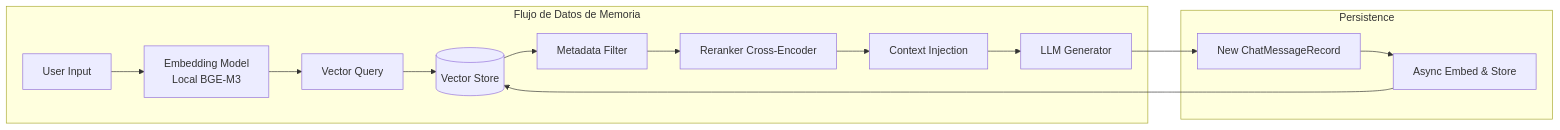
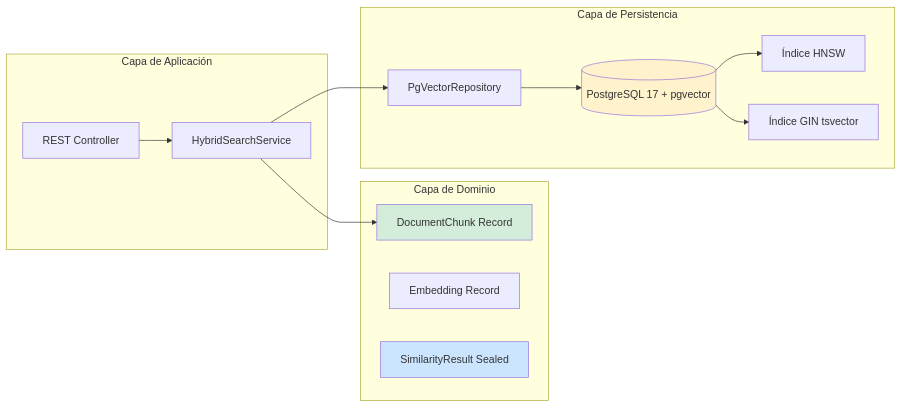
One commit to Joaquinriosheredia/DAM-Java-Mastery changed the second of 3 diagrams in 08_IA_Agentes/agentes_autonomos_memoria_largo_plazo_langchain4j_STAFF.md. Above: the diagram before and after it, drawn with Mermaid. The commit also changed other lines of this file, not shown here.

Commit message:
agentes_autonomos_memoria_largo_plazo_langchain4j_STAFF.md

````diff
--- a/08_IA_Agentes/agentes_autonomos_memoria_largo_plazo_langchain4j_STAFF.md
+++ b/08_IA_Agentes/agentes_autonomos_memoria_largo_plazo_langchain4j_STAFF.md
@@ -109,18 +159,31 @@
 ```mermaid
 graph LR
-    subgraph "Flujo de Datos de Memoria"
-        INPUT[User Input] --> EMBED[Embedding Model<br>Local BGE-M3]
-        EMBED --> QUERY[Vector Query]
-        QUERY --> DB[(Vector Store)]
-        DB --> FILTER[Metadata Filter]
-        FILTER --> RERANK[Reranker Cross-Encoder]
-        RERANK --> CONTEXT[Context Injection]
-        CONTEXT --> LLM[LLM Generator]
+    subgraph "Capa de Aplicación"
+        API[REST Controller]
+        SVC[HybridSearchService]
     end
     
-    subgraph "Persistence"
-        LLM --> NEW_MSG[New ChatMessageRecord]
-        NEW_MSG --> EMBED_STORE[Async Embed & Store]
-        EMBED_STORE --> DB
+    subgraph "Capa de Dominio"
+        CHUNK[DocumentChunk Record]
+        EMB[Embedding Record]
+        RESULT[SimilarityResult Sealed]
     end
+    
+    subgraph "Capa de Persistencia"
+        REPO[PgVectorRepository]
+        PG[(PostgreSQL 17 + pgvector)]
+        HNSW[Índice HNSW]
+        GIN[Índice GIN tsvector]
+    end
+    
+    API --> SVC
+    SVC --> CHUNK
+    SVC --> REPO
+    REPO --> PG
+    PG --> HNSW
+    PG --> GIN
+    
+    style CHUNK fill:#d4edda
+    style RESULT fill:#cce5ff
+    style PG fill:#fff3cd
 ```
````
